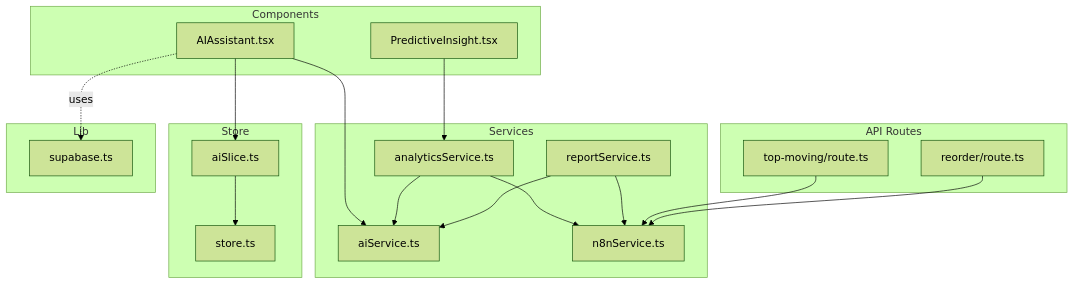
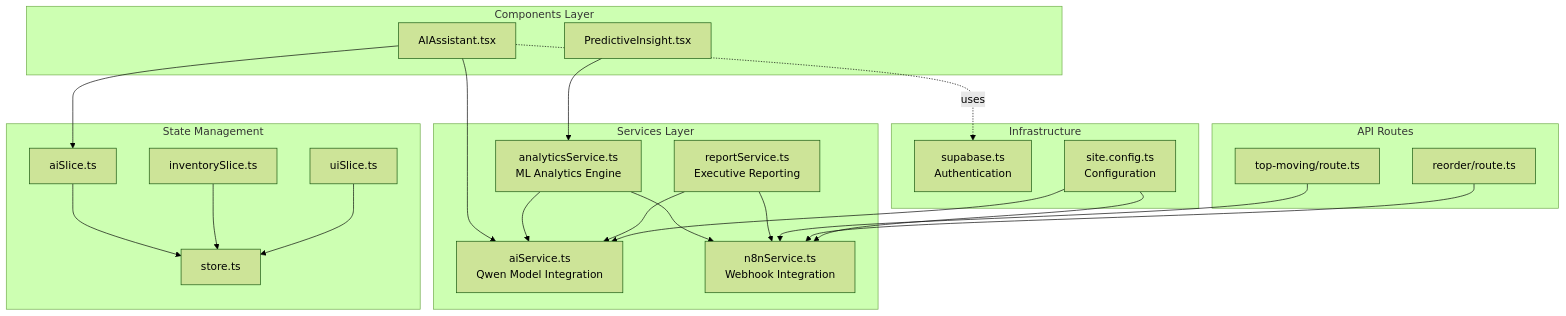
Before and after one commit to cacamarica/dashboard-ai: the first of 9 diagrams in .qoder/repowiki/en/content/Services Layer/Services Layer.md, drawn with Mermaid (forest theme). The commit also changed other lines of this file and 14 other files, not shown here.

````diff
--- a/.qoder/repowiki/en/content/Services Layer/Services Layer.md
+++ b/.qoder/repowiki/en/content/Services Layer/Services Layer.md
@@ -43,35 +58,42 @@
 ```mermaid
 graph TB
-subgraph "Components"
+subgraph "Components Layer"
 AIA["AIAssistant.tsx"]
 PI["PredictiveInsight.tsx"]
 end
-subgraph "Services"
-AIS["aiService.ts"]
-ANS["analyticsService.ts"]
-NS["n8nService.ts"]
-RS["reportService.ts"]
+subgraph "Services Layer"
+AIS["aiService.ts<br/>Qwen Model Integration"]
+ANS["analyticsService.ts<br/>ML Analytics Engine"]
+NS["n8nService.ts<br/>Webhook Integration"]
+RS["reportService.ts<br/>Executive Reporting"]
 end
 subgraph "API Routes"
 TM["top-moving/route.ts"]
 RA["reorder/route.ts"]
 end
-subgraph "Store"
+subgraph "State Management"
 AS["aiSlice.ts"]
+IS["inventorySlice.ts"]
+US["uiSlice.ts"]
 ST["store.ts"]
 end
-subgraph "Lib"
-SB["supabase.ts"]
+subgraph "Infrastructure"
+SB["supabase.ts<br/>Authentication"]
+SC["site.config.ts<br/>Configuration"]
 end
 AIA --> AIS
 AIA --> AS
 PI --> ANS
 ANS --> AIS
 ANS --> NS
 RS --> AIS
 RS --> NS
 TM --> NS
 RA --> NS
 AIA -. uses .-> SB
 AS --> ST
+IS --> ST
+US --> ST
+SC --> NS
+SC --> AIS
 ```
````
